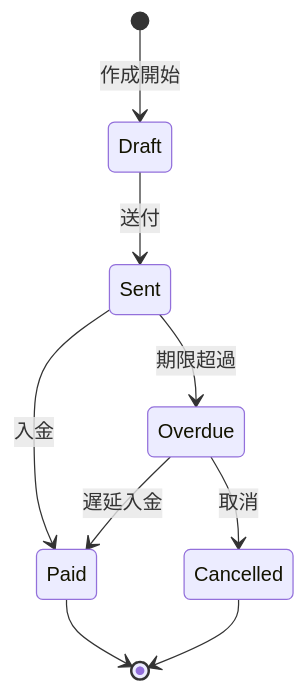
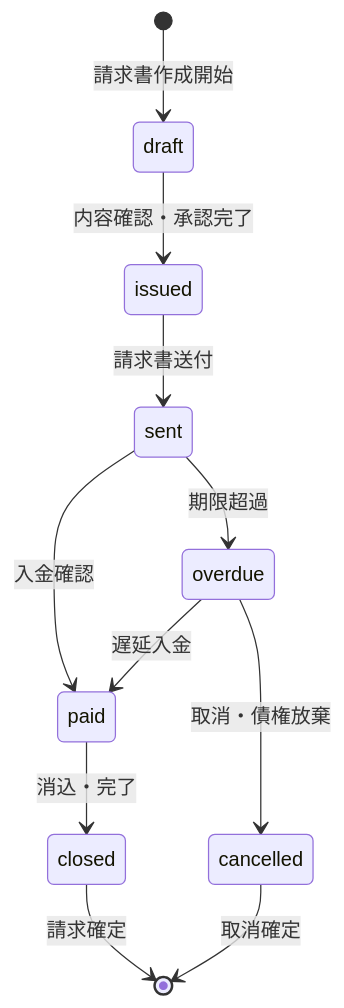
The diagram in consulting-dashboard-new/docs/parasol/services/revenue-optimization-service/capabilities/recognize-and-maximize-revenue/operations/issue-invoice-and-manage-collection/operation.md (hmoriya/consultingTool), drawn with Mermaid before and after one commit. The commit also changed other lines of this file and 209 other files, not shown here.

````diff
--- a/consulting-dashboard-new/docs/parasol/services/revenue-optimization-service/capabilities/recognize-and-maximize-revenue/operations/issue-invoice-and-manage-collection/operation.md
+++ b/consulting-dashboard-new/docs/parasol/services/revenue-optimization-service/capabilities/recognize-and-maximize-revenue/operations/issue-invoice-and-manage-collection/operation.md
@@ -56,12 +131,14 @@
 ```mermaid
 stateDiagram-v2
-    [*] --> Draft: 作成開始
-    Draft --> Sent: 送付
-    Sent --> Paid: 入金
-    Paid --> [*]
+    [*] --> draft: 請求書作成開始
+    draft --> issued: 内容確認・承認完了
+    issued --> sent: 請求書送付
+    sent --> paid: 入金確認
+    paid --> closed: 消込・完了
+    closed --> [*]: 請求確定
 
-    Sent --> Overdue: 期限超過
-    Overdue --> Paid: 遅延入金
-    Overdue --> Cancelled: 取消
-    Cancelled --> [*]
+    sent --> overdue: 期限超過
+    overdue --> paid: 遅延入金
+    overdue --> cancelled: 取消・債権放棄
+    cancelled --> [*]: 取消確定
 ```
````
